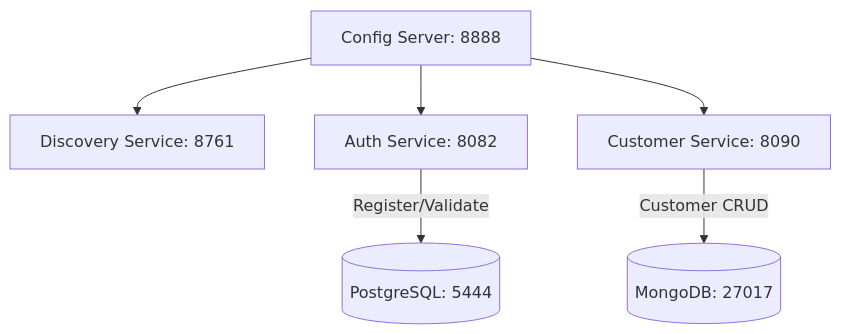
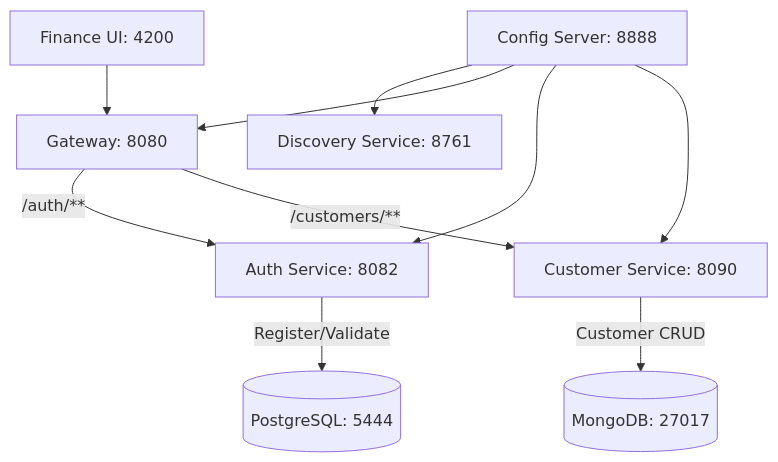
The diagram in README.md (OmerKocx/finance.og), drawn with Mermaid before and after one commit. The commit also changed other lines of this file, not shown here.

Commit message:
docs: update README with API Gateway and Angular UI configuration

````diff
--- a/README.md
+++ b/README.md
@@ -17,9 +17,14 @@
 ```mermaid
 graph TD
+    UI[Finance UI: 4200] --> GW[Gateway: 8080]
     CS[Config Server: 8888] --> DS[Discovery Service: 8761]
+    CS --> GW
     CS --> AS[Auth Service: 8082]
     CS --> CUST[Customer Service: 8090]
+
+    GW -->|/auth/**| AS
+    GW -->|/customers/**| CUST
 
     AS -->|Register/Validate| DB_PG[(PostgreSQL: 5444)]
     CUST -->|Customer CRUD| DB_MONGO[(MongoDB: 27017)]
 ```
````
